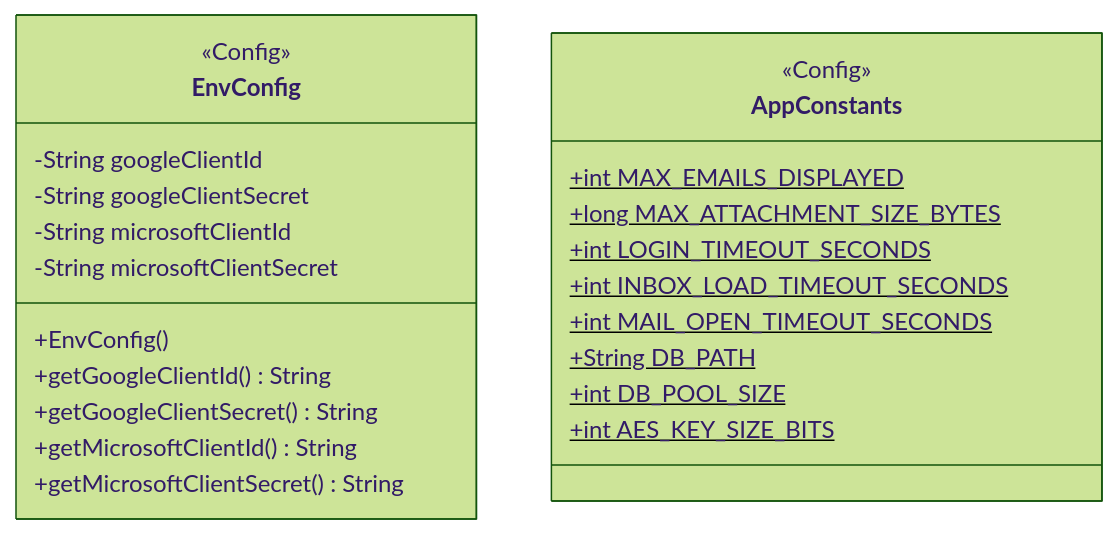
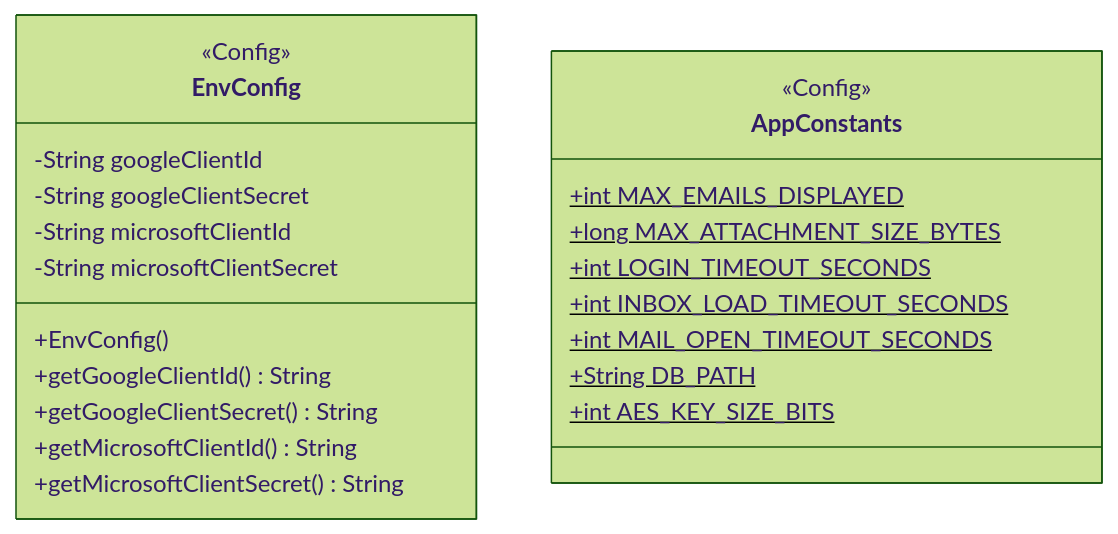
Before and after one commit to JuanPablo72000/evermail: the diagram in docs/diagrams/uml-config.md, drawn with Mermaid (forest theme). The commit also changed other lines of this file and 21 other files, not shown here.

````diff
--- a/docs/diagrams/uml-config.md
+++ b/docs/diagrams/uml-config.md
@@ -1,27 +1,26 @@
 ```mermaid
 classDiagram
     class EnvConfig {
         <<Config>>
         -String googleClientId
         -String googleClientSecret
         -String microsoftClientId
         -String microsoftClientSecret
         +EnvConfig()
         +getGoogleClientId() String
         +getGoogleClientSecret() String
         +getMicrosoftClientId() String
         +getMicrosoftClientSecret() String
     }
 
     class AppConstants {
         <<Config>>
         +int MAX_EMAILS_DISPLAYED$
         +long MAX_ATTACHMENT_SIZE_BYTES$
         +int LOGIN_TIMEOUT_SECONDS$
         +int INBOX_LOAD_TIMEOUT_SECONDS$
         +int MAIL_OPEN_TIMEOUT_SECONDS$
         +String DB_PATH$
-        +int DB_POOL_SIZE$
         +int AES_KEY_SIZE_BITS$
     }
 ```
````
